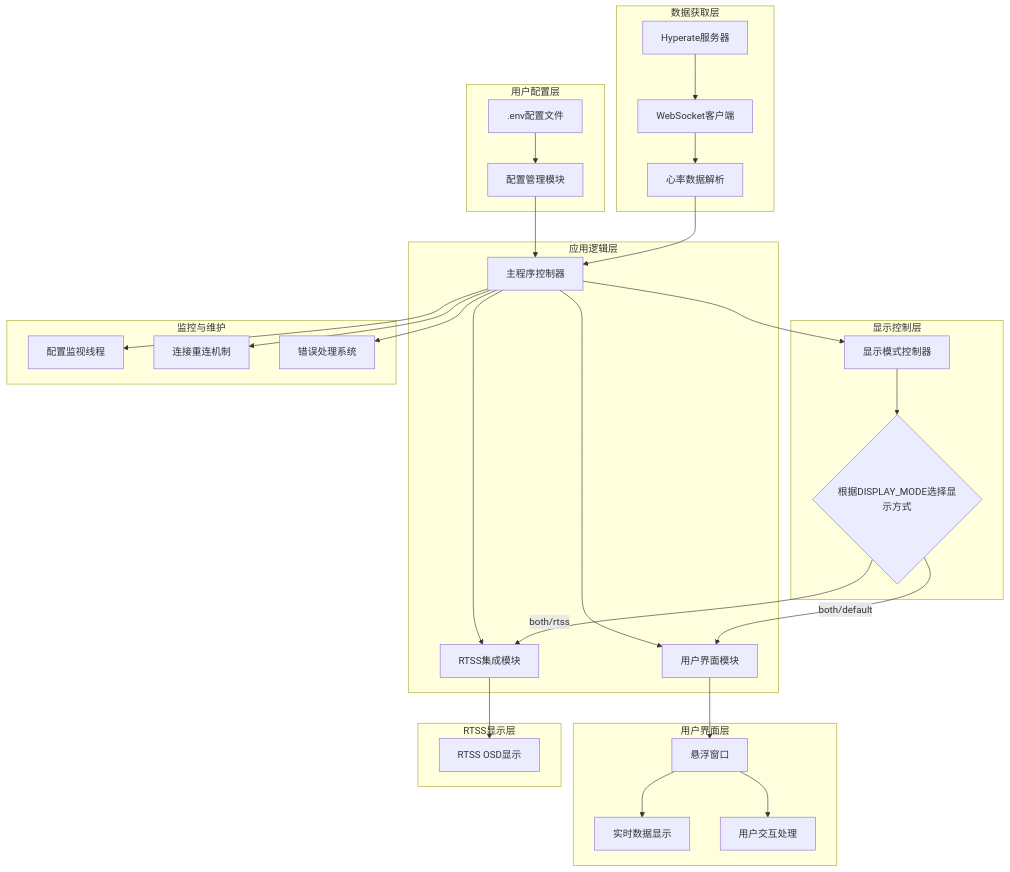
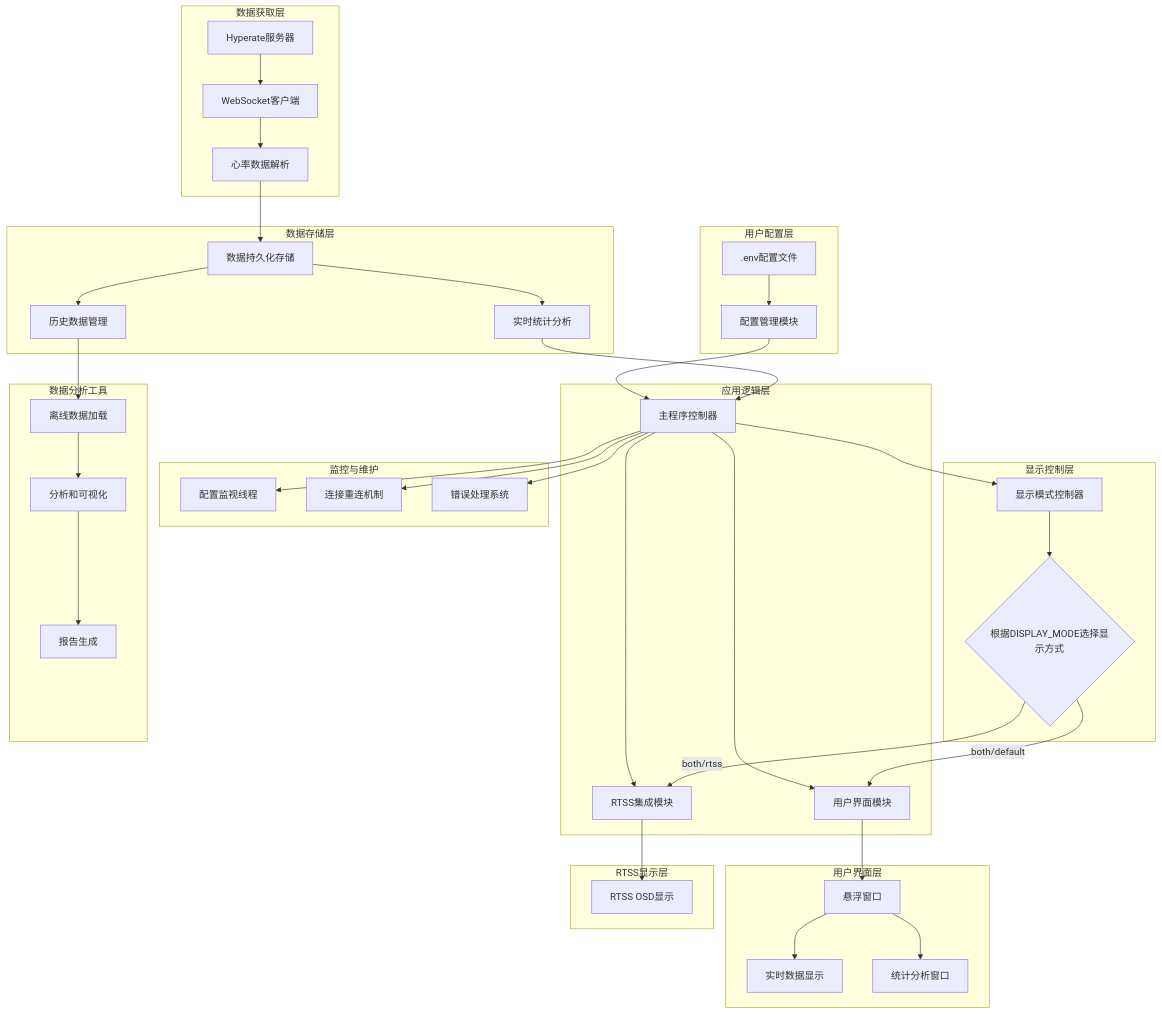
The diagram in README.md (CooperZhuang/hyperate-overlay), drawn with Mermaid before and after one commit. The commit also changed other lines of this file and 7 other files, not shown here.

````diff
--- a/README.md
+++ b/README.md
@@ -120,45 +178,57 @@
 ```mermaid
 graph TB
     subgraph "用户配置层"
         A[.env配置文件] --> B[配置管理模块]
     end
-    
+
     subgraph "数据获取层"
         C[Hyperate服务器] --> D[WebSocket客户端]
         D --> E[心率数据解析]
     end
-    
+
+    subgraph "数据存储层"
+        E --> R[数据持久化存储]
+        R --> S[实时统计分析]
+        R --> T[历史数据管理]
+    end
+
     subgraph "应用逻辑层"
         B --> F[主程序控制器]
-        E --> F
+        S --> F
         F --> G[用户界面模块]
         F --> H[RTSS集成模块]
     end
-    
+
     subgraph "显示控制层"
         F --> I[显示模式控制器]
         I --> J{根据DISPLAY_MODE选择显示方式}
         J -->|both/rtss| H
         J -->|both/default| G
     end
-    
+
     subgraph "用户界面层"
         G --> K[悬浮窗口]
         K --> L[实时数据显示]
-        K --> M[用户交互处理]
+        K --> M[统计分析窗口]
     end
-    
+
     subgraph "RTSS显示层"
         H --> N[RTSS OSD显示]
     end
-    
+
     subgraph "监控与维护"
         O[配置监视线程]
         P[连接重连机制]
         Q[错误处理系统]
     end
-    
+
+    subgraph "数据分析工具"
+        T --> U[离线数据加载]
+        U --> V[分析和可视化]
+        V --> W[报告生成]
+    end
+
     F --> O
     F --> P
     F --> Q
 ```
````
